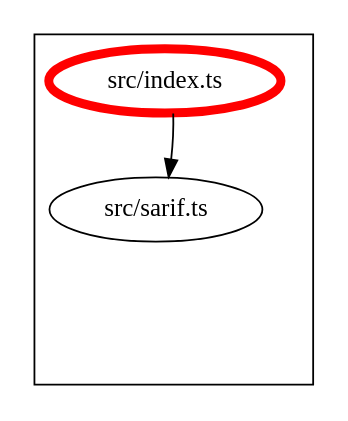
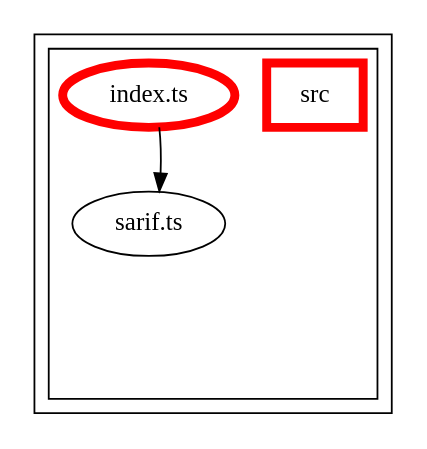
One commit to Siteimprove/alfa-integrations changed the diagram in packages/alfa-formatter-sarif/docs/dependency-graph.dot. Above: the diagram before and after it, drawn with Graphviz. The commit also changed 53 other files, not shown here.

Commit message:
Update dependency graphs

```diff
--- a/packages/alfa-formatter-sarif/docs/dependency-graph.dot
+++ b/packages/alfa-formatter-sarif/docs/dependency-graph.dot
@@ -1,32 +1,51 @@
 digraph "dependency-graph-@siteimprove/alfa-formatter-sarif" {
   compound = true;
   "src/sarif.ts";
   subgraph "cluster_src" {
     color = "#000000";
     label = "";
-    "src/index.ts" [
-      label = "src/index.ts";
-      color = "#ff0000";
-      penwidth = 5;
-    ];
     "exit_src" [
       style = "invis";
     ];
-    "src/sarif.ts" [
-      label = "src/sarif.ts";
-    ];
-    "src/index.ts" -> "exit_src" [
+    subgraph "cluster_src" {
+      color = "#000000";
+      label = "";
+      "name_src" [
+        penwidth = 5;
+        shape = "rectangle";
+        color = "#ff0000";
+        label = "src";
+      ];
+      "exit_src" [
+        style = "invis";
+      ];
+      "src/index.ts" [
+        label = "index.ts";
+        color = "#ff0000";
+        penwidth = 5;
+      ];
+      "src/sarif.ts" [
+        label = "sarif.ts";
+      ];
+      "src/index.ts" -> "exit_src" [
+        style = "invis";
+      ];
+      "src/sarif.ts" -> "exit_src" [
+        style = "invis";
+      ];
+    }
+    "exit_src" -> "exit_src" [
       style = "invis";
     ];
-    "src/sarif.ts" -> "exit_src" [
+    "exit_src" -> "exit_src" [
       style = "invis";
     ];
   }
   "src/index.ts" -> "src/sarif.ts" [
     style = "invis";
   ];
   "src/index.ts" -> "src/sarif.ts" [
     style = "solid";
     color = "black";
   ];
 }
```
